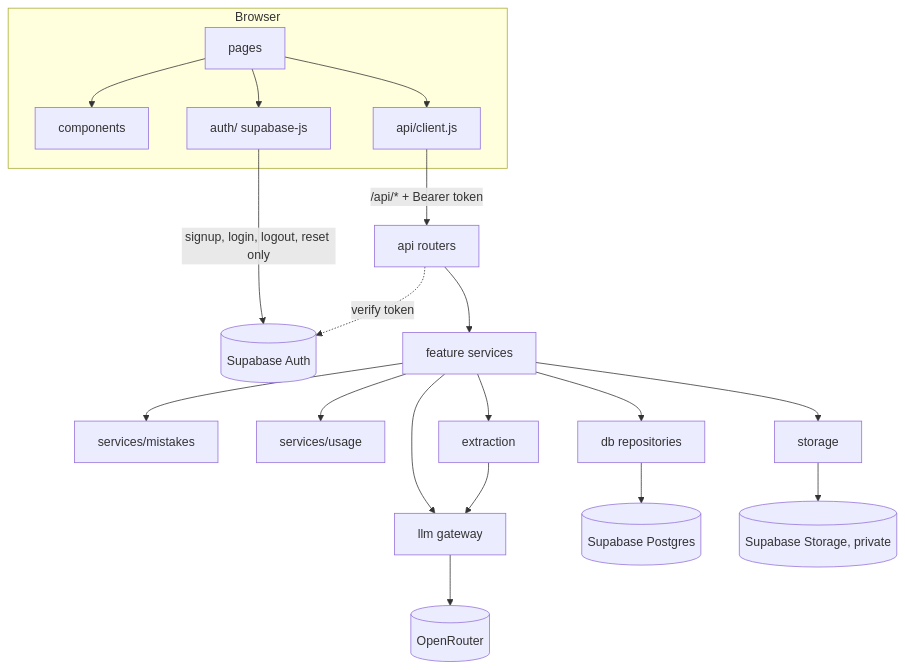
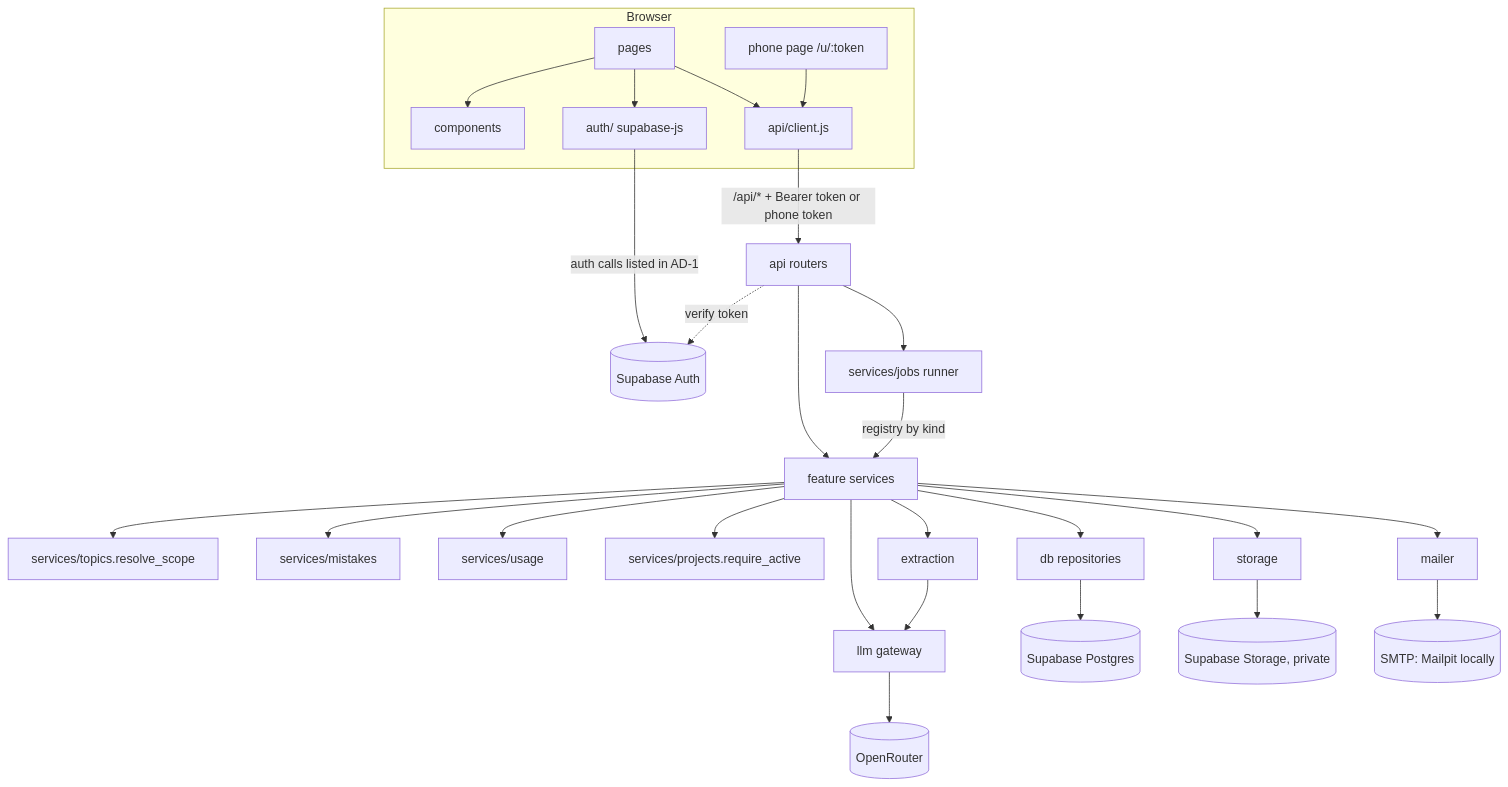
One commit to IBE160-2026/G25-kanestrom-voloshyn changed the first of 3 diagrams in _bmad-output/planning-artifacts/architecture/architecture-AI-StudyBuddy-2026-10-13/ARCHITECTURE-SPINE.md. Above: the diagram before and after it, drawn with Mermaid. The commit also changed other lines of this file and 8 other files, not shown here.

First line of the commit message:
docs: update architecture spine for the 29-FR PRD

````diff
--- a/_bmad-output/planning-artifacts/architecture/architecture-AI-StudyBuddy-2026-10-13/ARCHITECTURE-SPINE.md
+++ b/_bmad-output/planning-artifacts/architecture/architecture-AI-StudyBuddy-2026-10-13/ARCHITECTURE-SPINE.md
@@ -32,22 +34,29 @@
 ```mermaid
 graph TD
   subgraph Browser
     PAGES[pages] --> COMP[components]
     PAGES --> APIC[api/client.js]
     PAGES --> AUTHM[auth/ supabase-js]
+    PHONE[phone page /u/:token] --> APIC
   end
-  APIC -->|/api/* + Bearer token| API[api routers]
-  AUTHM -->|signup, login, logout, reset only| SBAUTH[(Supabase Auth)]
+  APIC -->|/api/* + Bearer token or phone token| API[api routers]
+  AUTHM -->|auth calls listed in AD-1| SBAUTH[(Supabase Auth)]
   API --> SVC[feature services]
+  API --> JOBS[services/jobs runner]
+  JOBS -->|registry by kind| SVC
+  SVC --> RES[services/topics.resolve_scope]
   SVC --> MIST[services/mistakes]
   SVC --> USAGE[services/usage]
+  SVC --> PROJ[services/projects.require_active]
   SVC --> DB[db repositories]
   SVC --> LLM[llm gateway]
   SVC --> EXT[extraction]
   SVC --> STO[storage]
+  SVC --> MAIL[mailer]
   EXT --> LLM
   DB --> PG[(Supabase Postgres)]
   STO --> BUCKET[(Supabase Storage, private)]
   LLM --> OR[(OpenRouter)]
+  MAIL --> SMTP[(SMTP: Mailpit locally)]
   API -.verify token.-> SBAUTH
 ```
````
